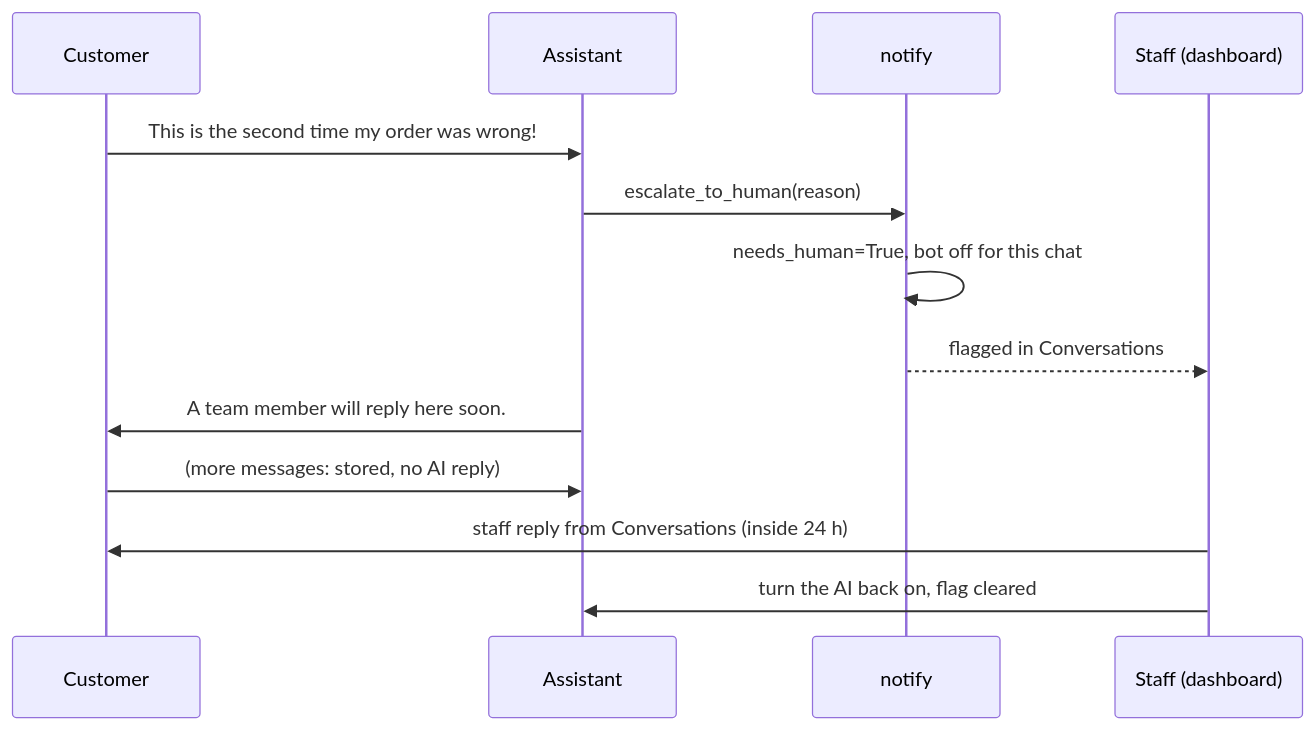
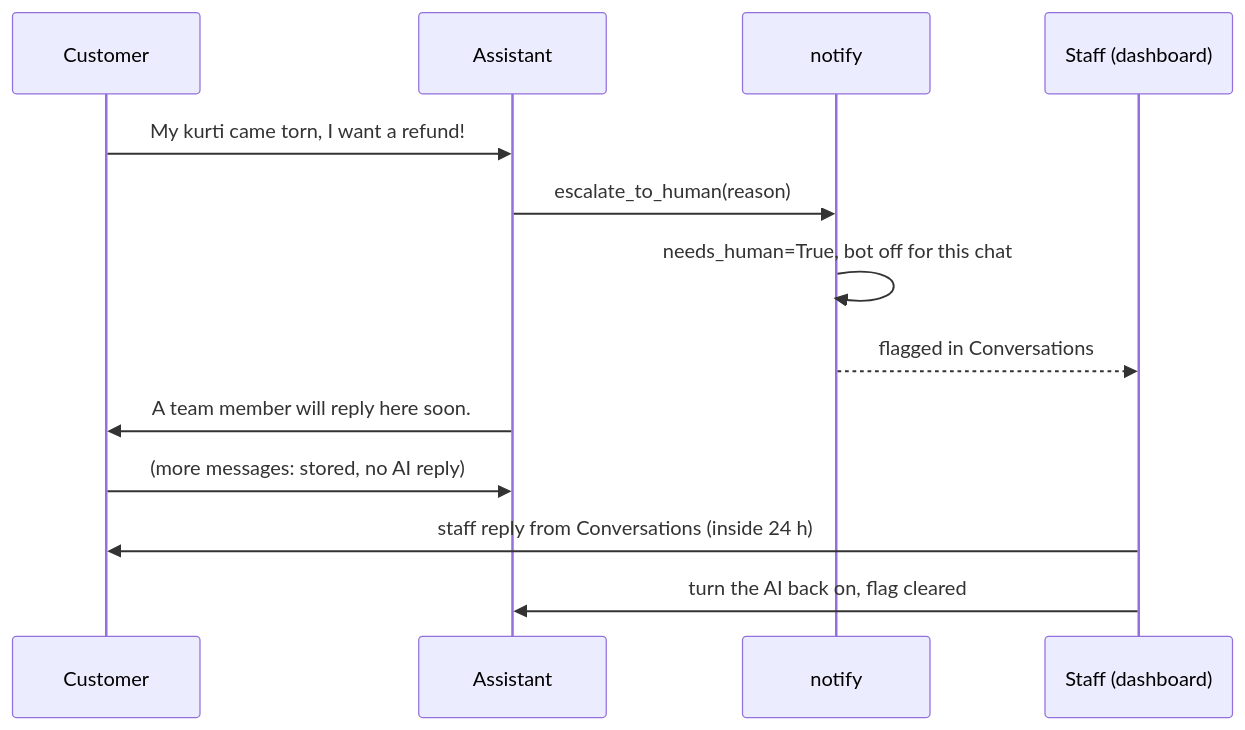
Diagram 18 of 25 in README.md (NiloyBhattacharjee/MITUai), drawn with Mermaid before and after one commit. The commit also changed other lines of this file and 26 other files, not shown here.

````diff
--- a/README.md
+++ b/README.md
@@ -642,15 +632,15 @@
 ```mermaid
 sequenceDiagram
     participant C as Customer
     participant A as Assistant
     participant N as notify
     participant S as Staff (dashboard)
-    C->>A: This is the second time my order was wrong!
+    C->>A: My kurti came torn, I want a refund!
     A->>N: escalate_to_human(reason)
     N->>N: needs_human=True, bot off for this chat
     N-->>S: flagged in Conversations
     A->>C: A team member will reply here soon.
     C->>A: (more messages: stored, no AI reply)
     S->>C: staff reply from Conversations (inside 24 h)
     S->>A: turn the AI back on, flag cleared
 ```
````
